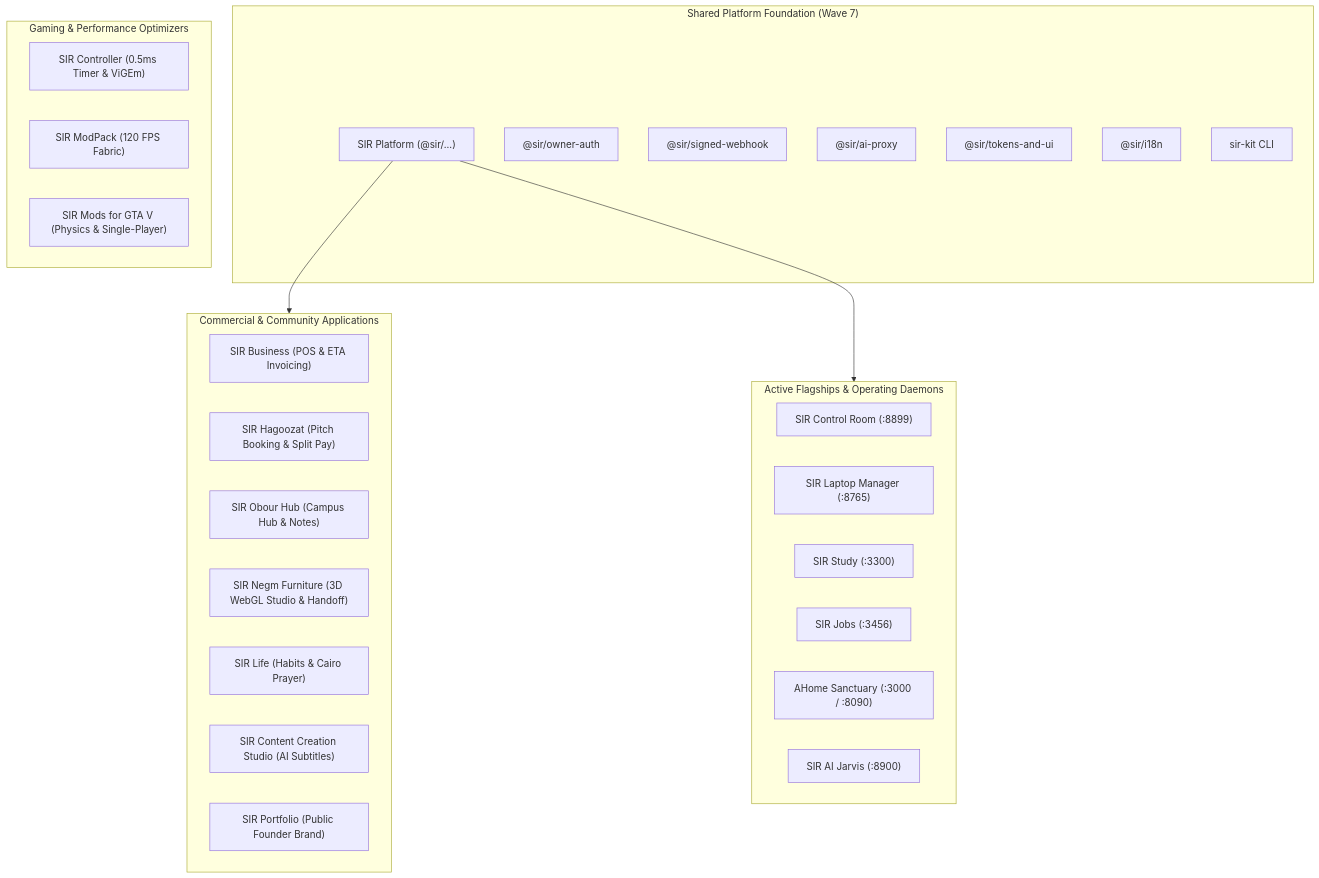
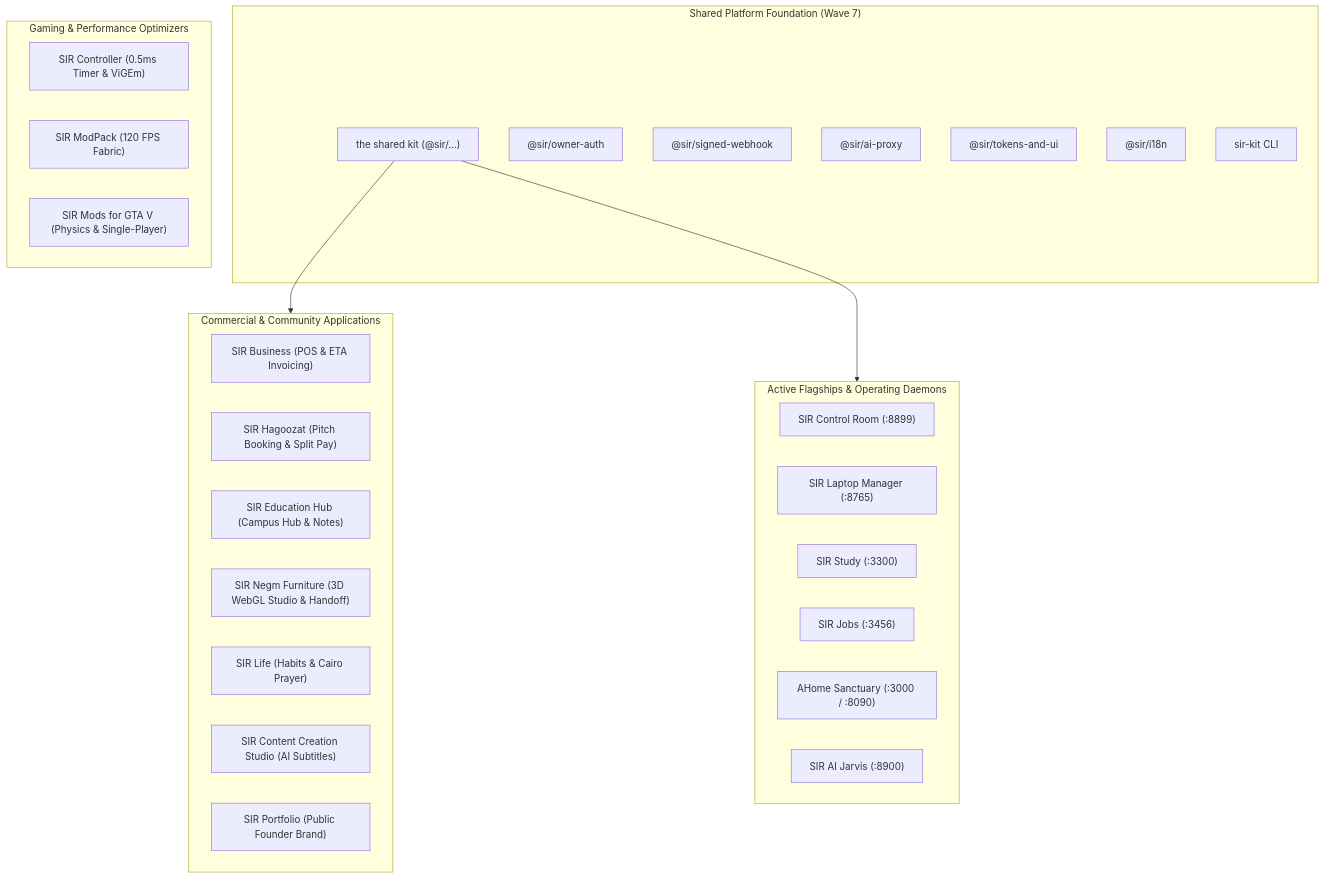
Before and after one commit to sirahmed8/sir-hq: the diagram in plans/PORTFOLIO_LINKS.md, drawn with Mermaid. The commit also changed other lines of this file and 76 other files, not shown here.

Commit message:
docs: SIR Platform cancelled as a project (shared standards kit); SIR Obour Hub renamed SIR Education Hub; Business and Hagoozat vision (owner direction 2026-11-12)

````diff
--- a/plans/PORTFOLIO_LINKS.md
+++ b/plans/PORTFOLIO_LINKS.md
@@ -11,40 +11,40 @@
 ```mermaid
 graph TD
     subgraph CoreFoundation["Shared Platform Foundation (Wave 7)"]
-        Platform["SIR Platform (@sir/...)"]
+        Platform["the shared kit (@sir/...)"]
         AuthLib["@sir/owner-auth"]
         HookLib["@sir/signed-webhook"]
         ProxyLib["@sir/ai-proxy"]
         UILib["@sir/tokens-and-ui"]
         I18nLib["@sir/i18n"]
         SirKit["sir-kit CLI"]
     end
 
     subgraph Flagships["Active Flagships & Operating Daemons"]
         HQ["SIR Control Room (:8899)"]
         Laptop["SIR Laptop Manager (:8765)"]
         Study["SIR Study (:3300)"]
         Jobs["SIR Jobs (:3456)"]
         AHome["AHome Sanctuary (:3000 / :8090)"]
         AI["SIR AI Jarvis (:8900)"]
     end
 
     subgraph Products["Commercial & Community Applications"]
         Business["SIR Business (POS & ETA Invoicing)"]
         Hagoozat["SIR Hagoozat (Pitch Booking & Split Pay)"]
-        Obour["SIR Obour Hub (Campus Hub & Notes)"]
+        Obour["SIR Education Hub (Campus Hub & Notes)"]
         Negm["SIR Negm Furniture (3D WebGL Studio & Handoff)"]
         Life["SIR Life (Habits & Cairo Prayer)"]
         Studio["SIR Content Creation Studio (AI Subtitles)"]
         Portfolio["SIR Portfolio (Public Founder Brand)"]
     end
 
     subgraph Gaming["Gaming & Performance Optimizers"]
         Controller["SIR Controller (0.5ms Timer & ViGEm)"]
         ModPack["SIR ModPack (120 FPS Fabric)"]
         GTAMods["SIR Mods for GTA V (Physics & Single-Player)"]
     end
 
     Platform --> Products
     Platform --> Flagships
 ```
````
